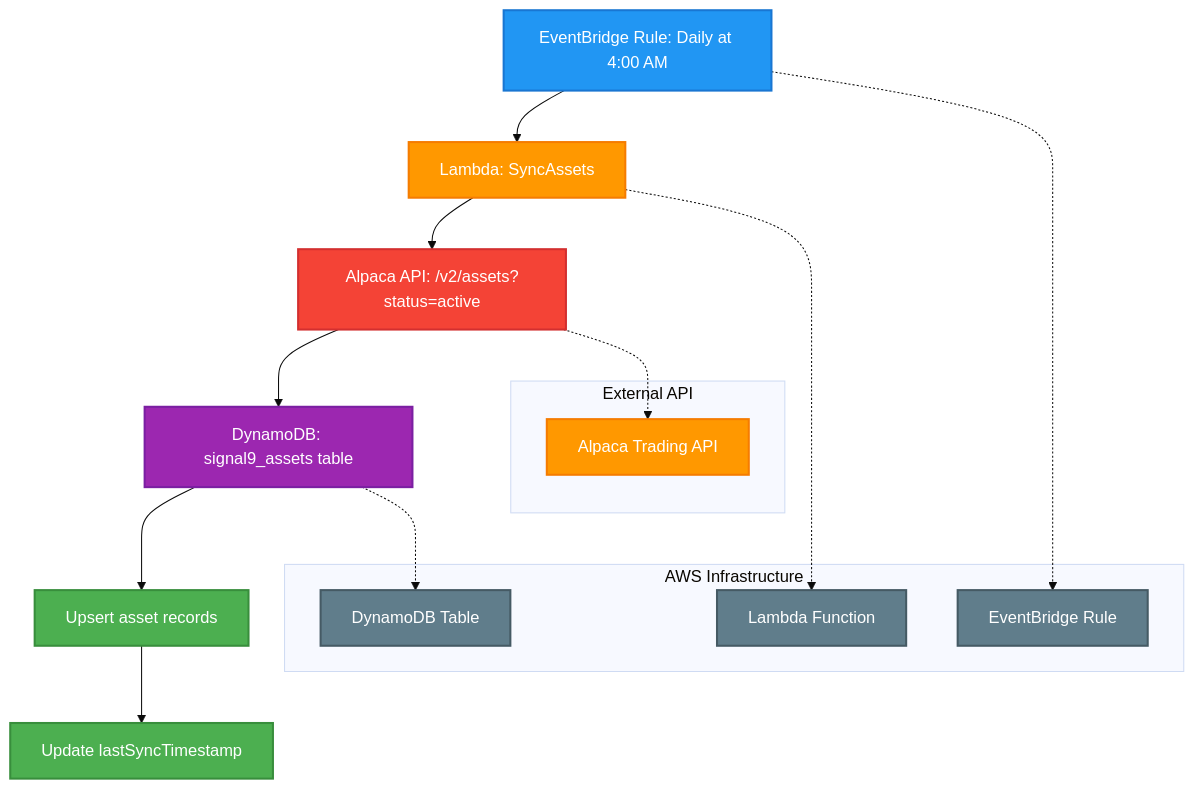
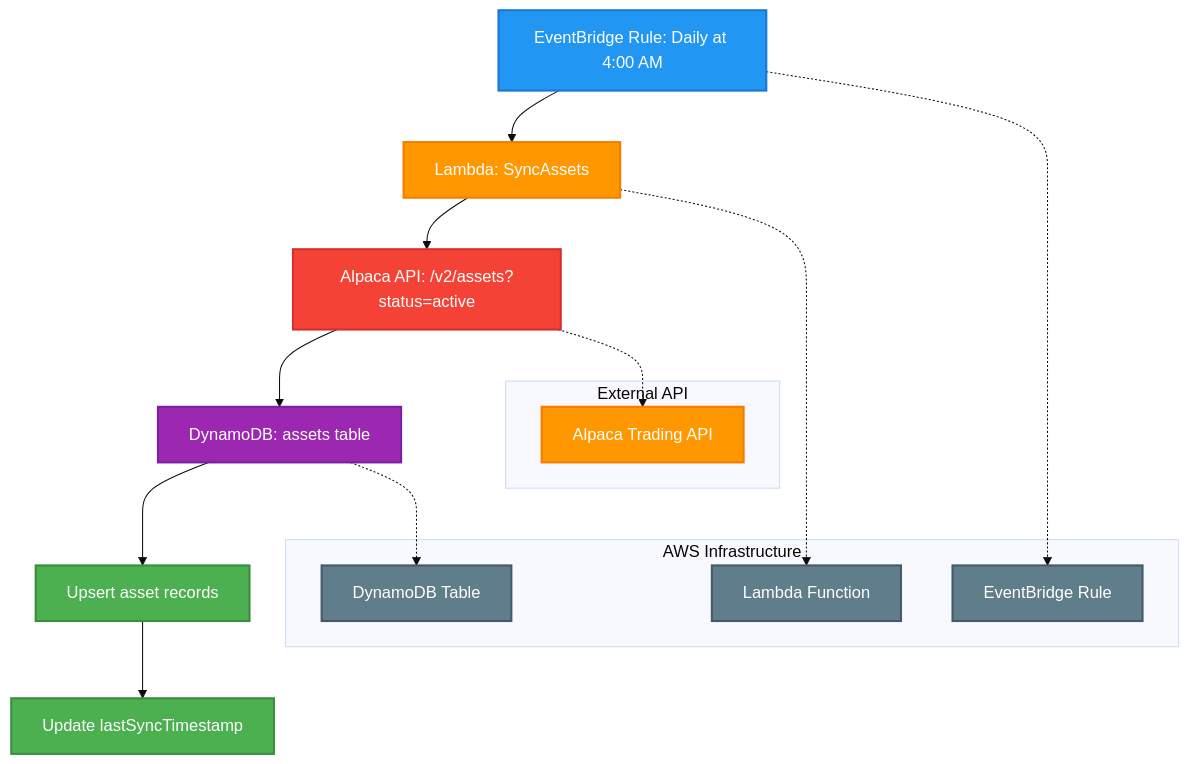
Before and after one commit to alto9/signal9-advisor: the diagram in ai/brainstorm/diagrams/crons/DailySyncAssets.md, drawn with Mermaid (base theme). The commit also changed other lines of this file and 15 other files, not shown here.

````diff
--- a/ai/brainstorm/diagrams/crons/DailySyncAssets.md
+++ b/ai/brainstorm/diagrams/crons/DailySyncAssets.md
@@ -5,37 +5,37 @@
 ```mermaid
 flowchart TD
     A[EventBridge Rule: Daily at 4:00 AM] --> B[Lambda: SyncAssets]
     B --> C[Alpaca API: /v2/assets?status=active]
-    C --> D[DynamoDB: signal9_assets table]
+    C --> D[DynamoDB: assets table]
     D --> E[Upsert asset records]
     E --> F[Update lastSyncTimestamp]
     
     %% AWS Resources
     subgraph "AWS Infrastructure"
         G[EventBridge Rule]
         H[Lambda Function]
         I[DynamoDB Table]
     end
     
     %% External API
     subgraph "External API"
         J[Alpaca Trading API]
     end
     
     %% Connections
     A -.-> G
     B -.-> H
     D -.-> I
     C -.-> J
     
     style A fill:#2196F3,stroke:#1976D2,stroke-width:2px,color:#ffffff
     style B fill:#FF9800,stroke:#F57C00,stroke-width:2px,color:#ffffff
     style C fill:#F44336,stroke:#D32F2F,stroke-width:2px,color:#ffffff
     style D fill:#9C27B0,stroke:#7B1FA2,stroke-width:2px,color:#ffffff
     style E fill:#4CAF50,stroke:#388E3C,stroke-width:2px,color:#ffffff
     style F fill:#4CAF50,stroke:#388E3C,stroke-width:2px,color:#ffffff
     style G fill:#607D8B,stroke:#455A64,stroke-width:2px,color:#ffffff
     style H fill:#607D8B,stroke:#455A64,stroke-width:2px,color:#ffffff
     style I fill:#607D8B,stroke:#455A64,stroke-width:2px,color:#ffffff
     style J fill:#FF9800,stroke:#F57C00,stroke-width:2px,color:#ffffff
 ```
````
